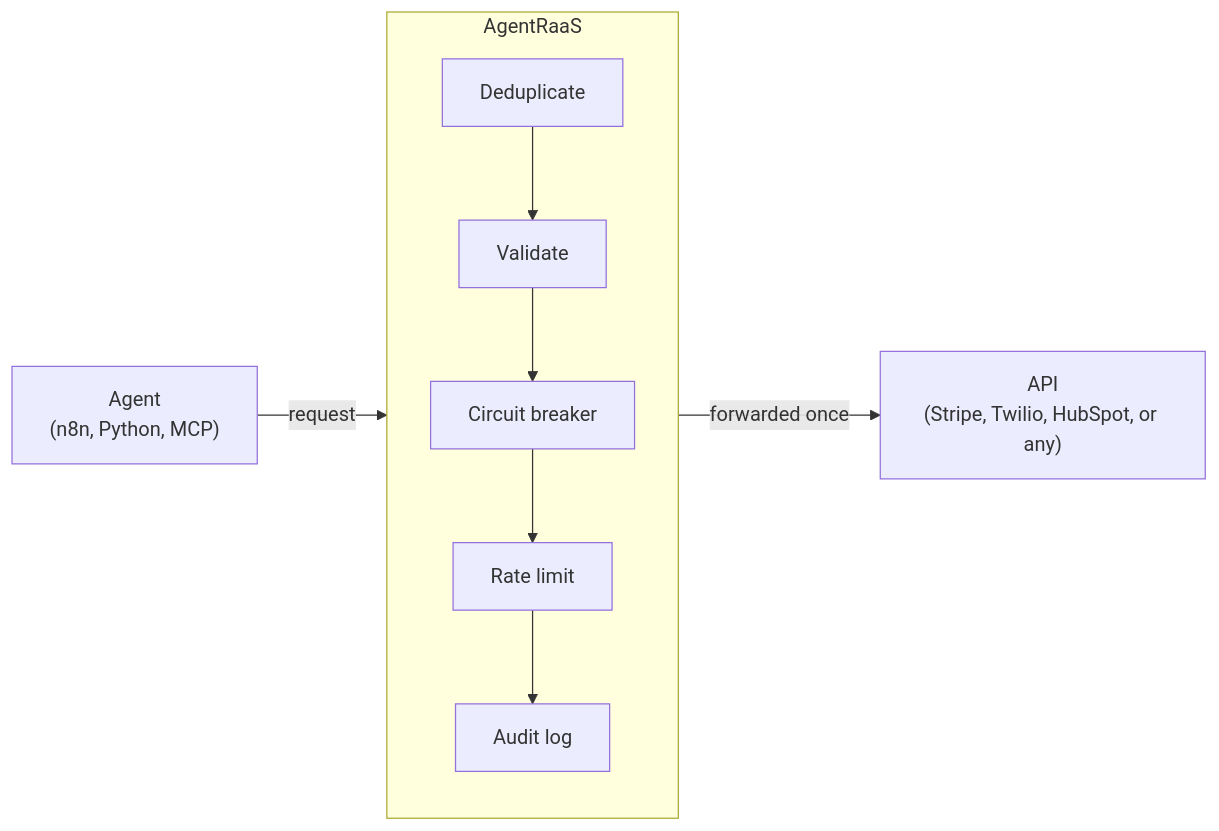
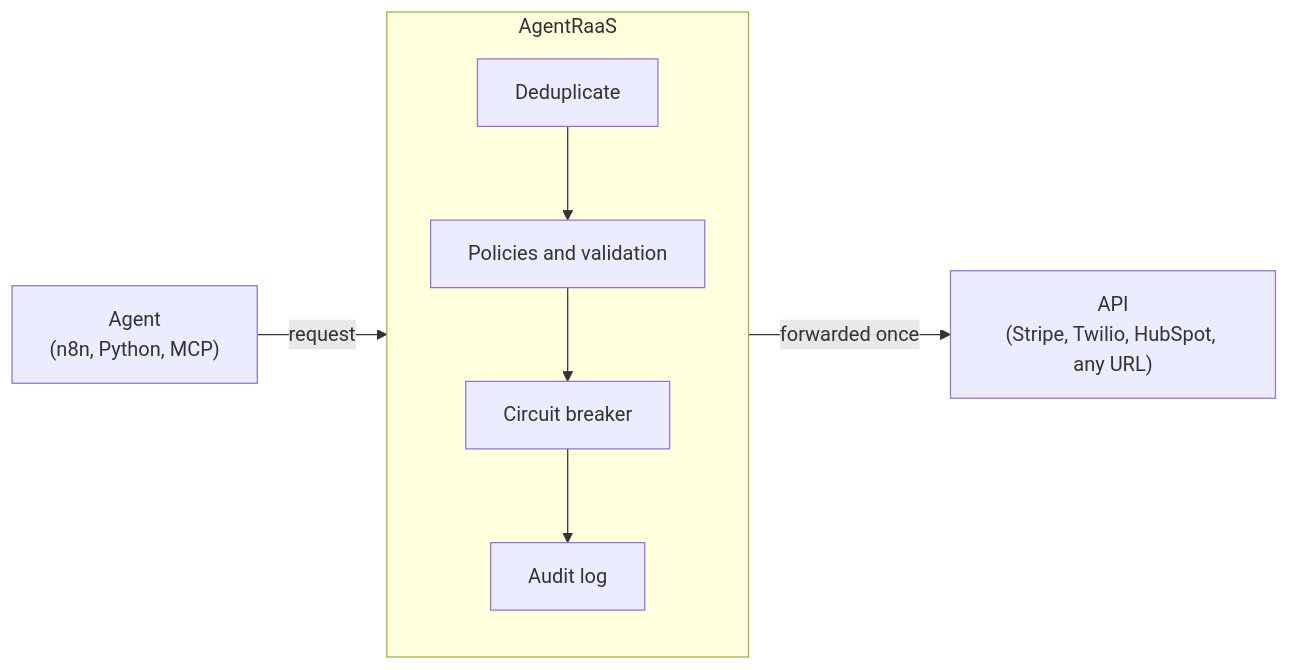
The diagram in README.md (sumedhchatse/agentraas), drawn with Mermaid before and after one commit. The commit also changed other lines of this file and 16 other files, not shown here.

````diff
--- a/README.md
+++ b/README.md
@@ -27,9 +20,9 @@
 ```mermaid
 flowchart LR
-    Agent["Agent<br/>(n8n, Python, MCP)"] -->|request| Proxy
-    subgraph Proxy["AgentRaaS"]
+    Agent["Agent<br/>(n8n, Python, MCP)"] -->|request| P
+    subgraph P["AgentRaaS"]
         direction TB
-        D["Deduplicate"] --> V["Validate"] --> C["Circuit breaker"] --> R["Rate limit"] --> A["Audit log"]
+        D["Deduplicate"] --> V["Policies and validation"] --> C["Circuit breaker"] --> A["Audit log"]
     end
-    Proxy -->|forwarded once| API["API<br/>(Stripe, Twilio, HubSpot, or any)"]
+    P -->|forwarded once| API["API<br/>(Stripe, Twilio, HubSpot, any URL)"]
 ```
````
